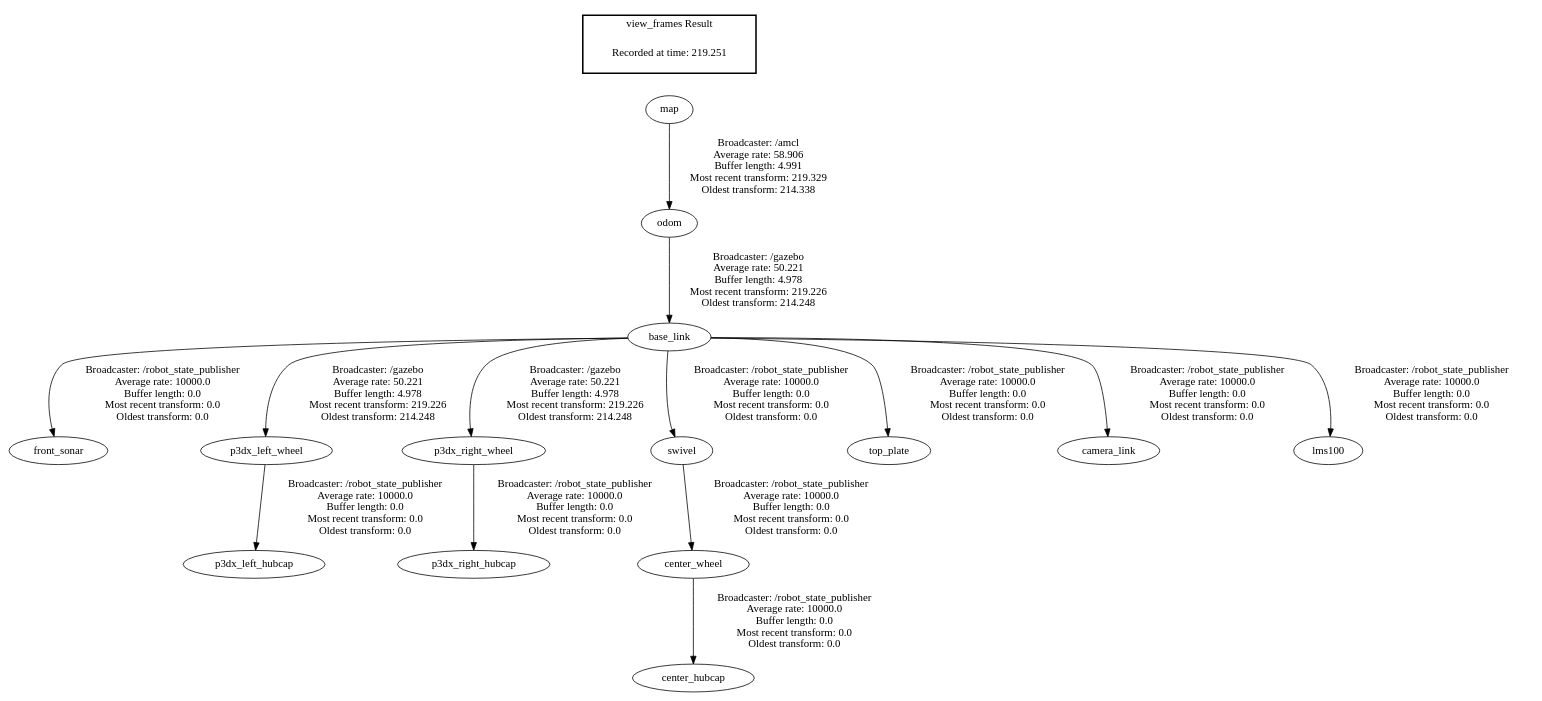
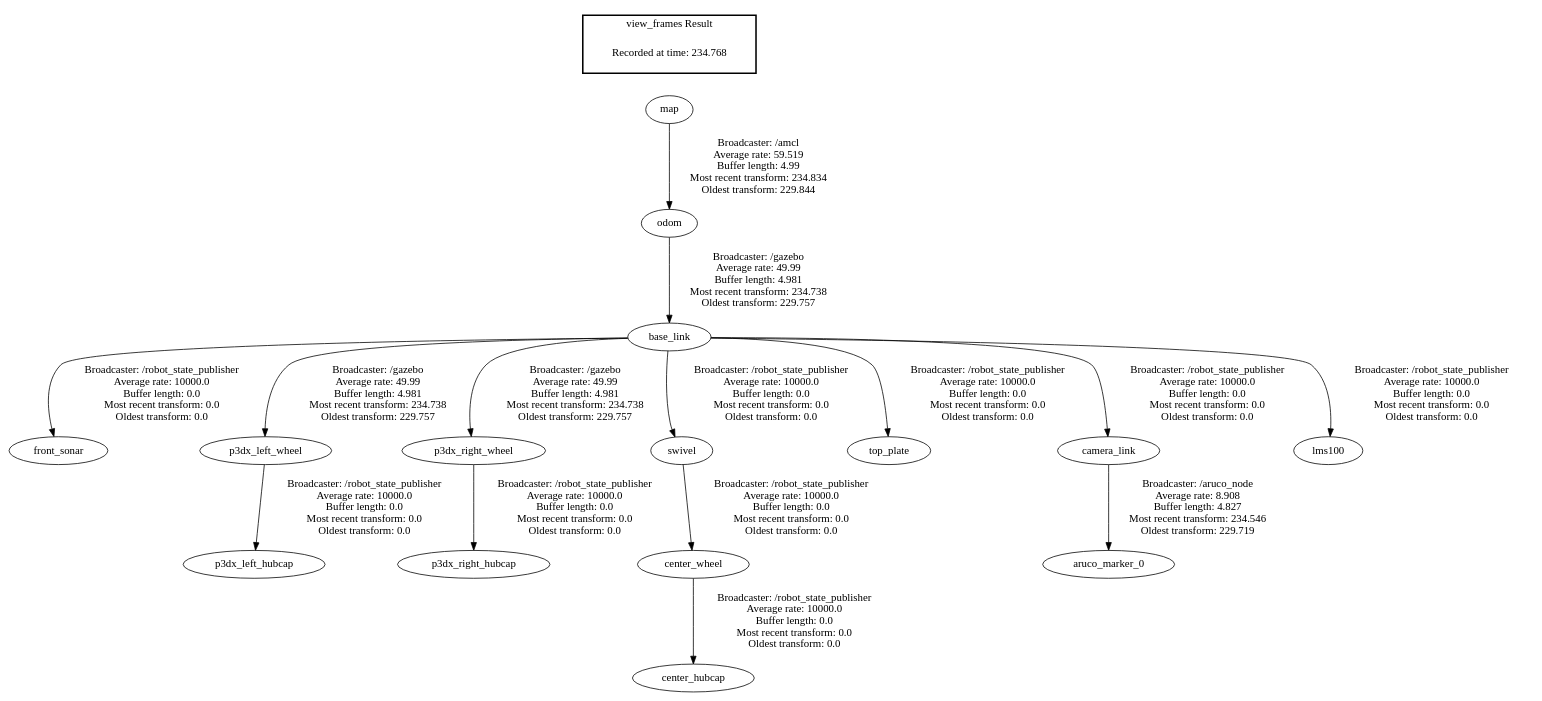
One commit to Mateus-FLima/robotica_movel_simulacao changed the diagram in frames.gv. Above: the diagram before and after it, drawn with Graphviz. The commit also changed 11 other files, not shown here.

```diff
--- a/frames.gv
+++ b/frames.gv
@@ -1,19 +1,20 @@
 digraph G {
 "base_link" -> "front_sonar"[label=" Broadcaster: /robot_state_publisher\nAverage rate: 10000.0\nBuffer length: 0.0\nMost recent transform: 0.0\nOldest transform: 0.0\n"];
-"odom" -> "base_link"[label=" Broadcaster: /gazebo\nAverage rate: 50.221\nBuffer length: 4.978\nMost recent transform: 219.226\nOldest transform: 214.248\n"];
+"odom" -> "base_link"[label=" Broadcaster: /gazebo\nAverage rate: 49.99\nBuffer length: 4.981\nMost recent transform: 234.738\nOldest transform: 229.757\n"];
 "p3dx_left_wheel" -> "p3dx_left_hubcap"[label=" Broadcaster: /robot_state_publisher\nAverage rate: 10000.0\nBuffer length: 0.0\nMost recent transform: 0.0\nOldest transform: 0.0\n"];
-"base_link" -> "p3dx_left_wheel"[label=" Broadcaster: /gazebo\nAverage rate: 50.221\nBuffer length: 4.978\nMost recent transform: 219.226\nOldest transform: 214.248\n"];
+"base_link" -> "p3dx_left_wheel"[label=" Broadcaster: /gazebo\nAverage rate: 49.99\nBuffer length: 4.981\nMost recent transform: 234.738\nOldest transform: 229.757\n"];
 "p3dx_right_wheel" -> "p3dx_right_hubcap"[label=" Broadcaster: /robot_state_publisher\nAverage rate: 10000.0\nBuffer length: 0.0\nMost recent transform: 0.0\nOldest transform: 0.0\n"];
-"base_link" -> "p3dx_right_wheel"[label=" Broadcaster: /gazebo\nAverage rate: 50.221\nBuffer length: 4.978\nMost recent transform: 219.226\nOldest transform: 214.248\n"];
+"base_link" -> "p3dx_right_wheel"[label=" Broadcaster: /gazebo\nAverage rate: 49.99\nBuffer length: 4.981\nMost recent transform: 234.738\nOldest transform: 229.757\n"];
 "base_link" -> "swivel"[label=" Broadcaster: /robot_state_publisher\nAverage rate: 10000.0\nBuffer length: 0.0\nMost recent transform: 0.0\nOldest transform: 0.0\n"];
 "base_link" -> "top_plate"[label=" Broadcaster: /robot_state_publisher\nAverage rate: 10000.0\nBuffer length: 0.0\nMost recent transform: 0.0\nOldest transform: 0.0\n"];
 "base_link" -> "camera_link"[label=" Broadcaster: /robot_state_publisher\nAverage rate: 10000.0\nBuffer length: 0.0\nMost recent transform: 0.0\nOldest transform: 0.0\n"];
 "center_wheel" -> "center_hubcap"[label=" Broadcaster: /robot_state_publisher\nAverage rate: 10000.0\nBuffer length: 0.0\nMost recent transform: 0.0\nOldest transform: 0.0\n"];
 "swivel" -> "center_wheel"[label=" Broadcaster: /robot_state_publisher\nAverage rate: 10000.0\nBuffer length: 0.0\nMost recent transform: 0.0\nOldest transform: 0.0\n"];
 "base_link" -> "lms100"[label=" Broadcaster: /robot_state_publisher\nAverage rate: 10000.0\nBuffer length: 0.0\nMost recent transform: 0.0\nOldest transform: 0.0\n"];
-"map" -> "odom"[label=" Broadcaster: /amcl\nAverage rate: 58.906\nBuffer length: 4.991\nMost recent transform: 219.329\nOldest transform: 214.338\n"];
+"map" -> "odom"[label=" Broadcaster: /amcl\nAverage rate: 59.519\nBuffer length: 4.99\nMost recent transform: 234.834\nOldest transform: 229.844\n"];
+"camera_link" -> "aruco_marker_0"[label=" Broadcaster: /aruco_node\nAverage rate: 8.908\nBuffer length: 4.827\nMost recent transform: 234.546\nOldest transform: 229.719\n"];
 edge [style=invis];
  subgraph cluster_legend { style=bold; color=black; label ="view_frames Result";
-"Recorded at time: 219.251"[ shape=plaintext ] ;
+"Recorded at time: 234.768"[ shape=plaintext ] ;
 }->"map";
 }
```
